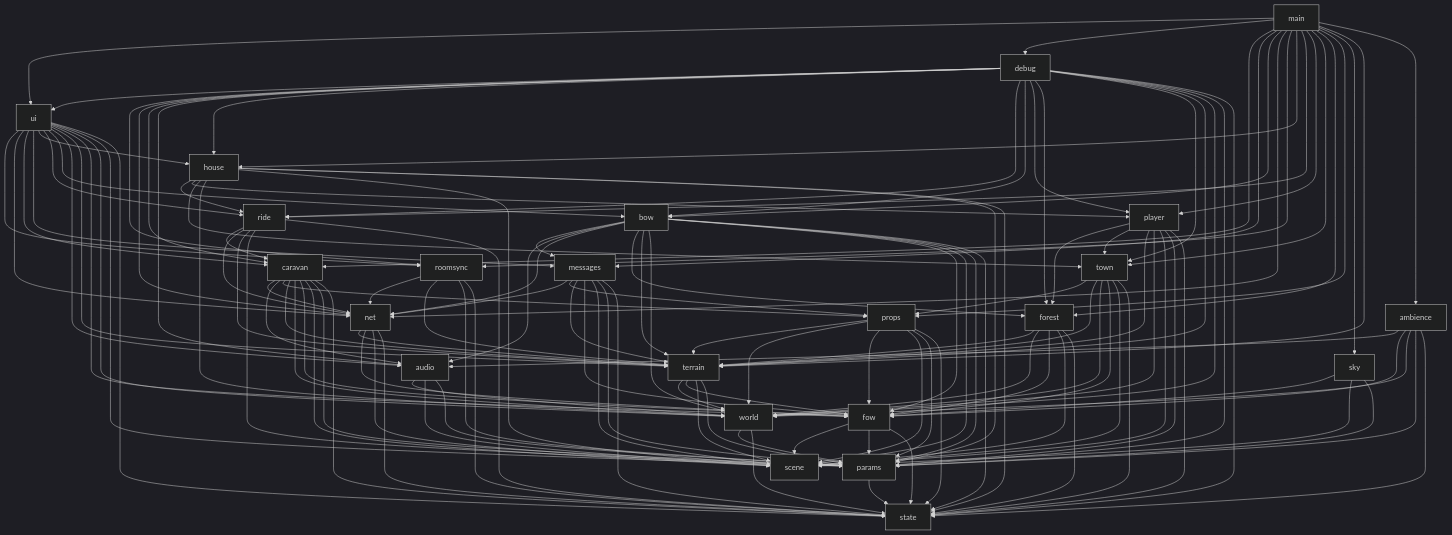
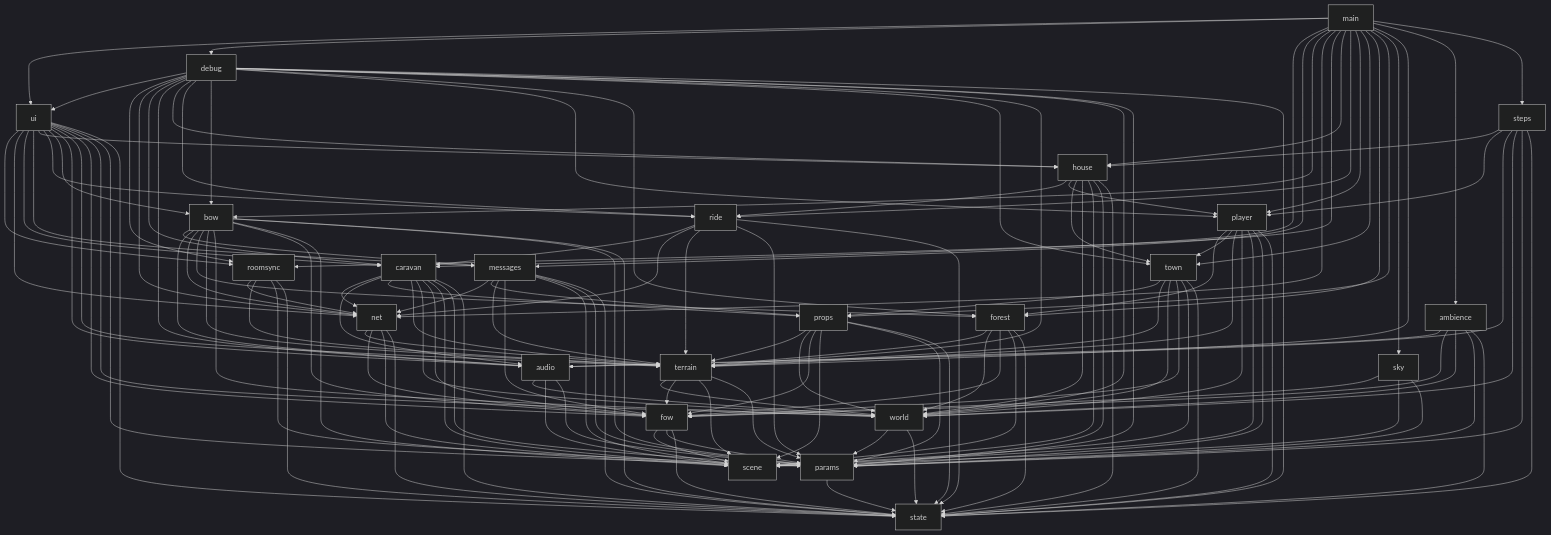
The diagram in ARCHITECTURE.md (0t3dWCE/inner-sphere-proto), drawn with Mermaid (dark theme) before and after one commit. The commit also changed other lines of this file and 5 other files, not shown here.

````diff
--- a/ARCHITECTURE.md
+++ b/ARCHITECTURE.md
@@ -41,26 +42,27 @@
 ```mermaid
 flowchart TD
-  main --> ui & debug & caravan & messages & bow & net & roomsync & house & ride & player & town & forest & props & sky & terrain & ambience
+  main --> ui & debug & caravan & messages & bow & net & roomsync & house & ride & player & town & forest & props & sky & terrain & ambience & steps
+  steps --> house & player & audio & world & params & state
   ui --> roomsync & net & caravan & messages & house & ride & bow & audio & terrain & fow & world & params & state
   debug --> ui & roomsync & net & caravan & audio & house & ride & bow & player & forest & town & terrain & world & params & state
   house --> ride & player & town & world & scene & params & state
   ride --> caravan & net & terrain & params & state
   bow --> messages & audio & net & forest & terrain & world & fow & scene & params & state
   roomsync --> net & terrain & params & state
   caravan --> net & audio & props & terrain & world & fow & scene & params & state
   messages --> net & props & terrain & fow & scene & params & state
   ambience --> audio & fow & world & params & state
   audio --> world & scene & params
   net --> terrain & fow & scene & state
   player --> forest & town & terrain & world & scene & params & state
   town --> props & terrain & world & fow & scene & state
   forest --> terrain & world & fow & scene & state
   props --> terrain & world & fow & scene & params & state
   sky --> fow & scene & params
   terrain --> world & fow & scene & params
   fow --> scene & params & state
   world --> params & state
   params --> state
   scene
   state
 ```
````
